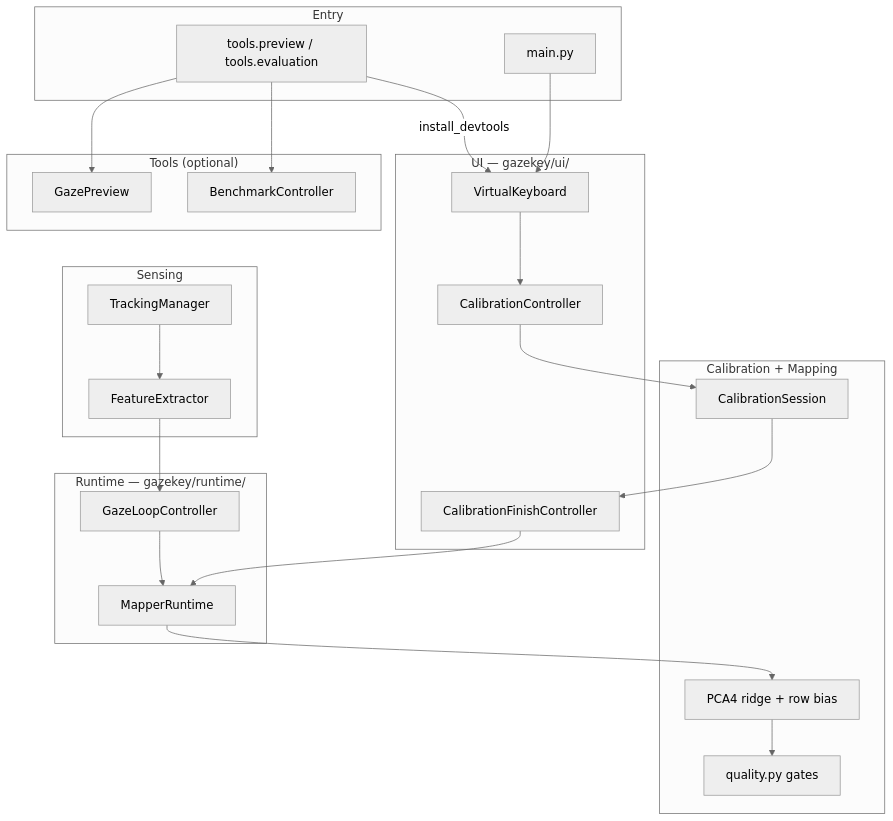
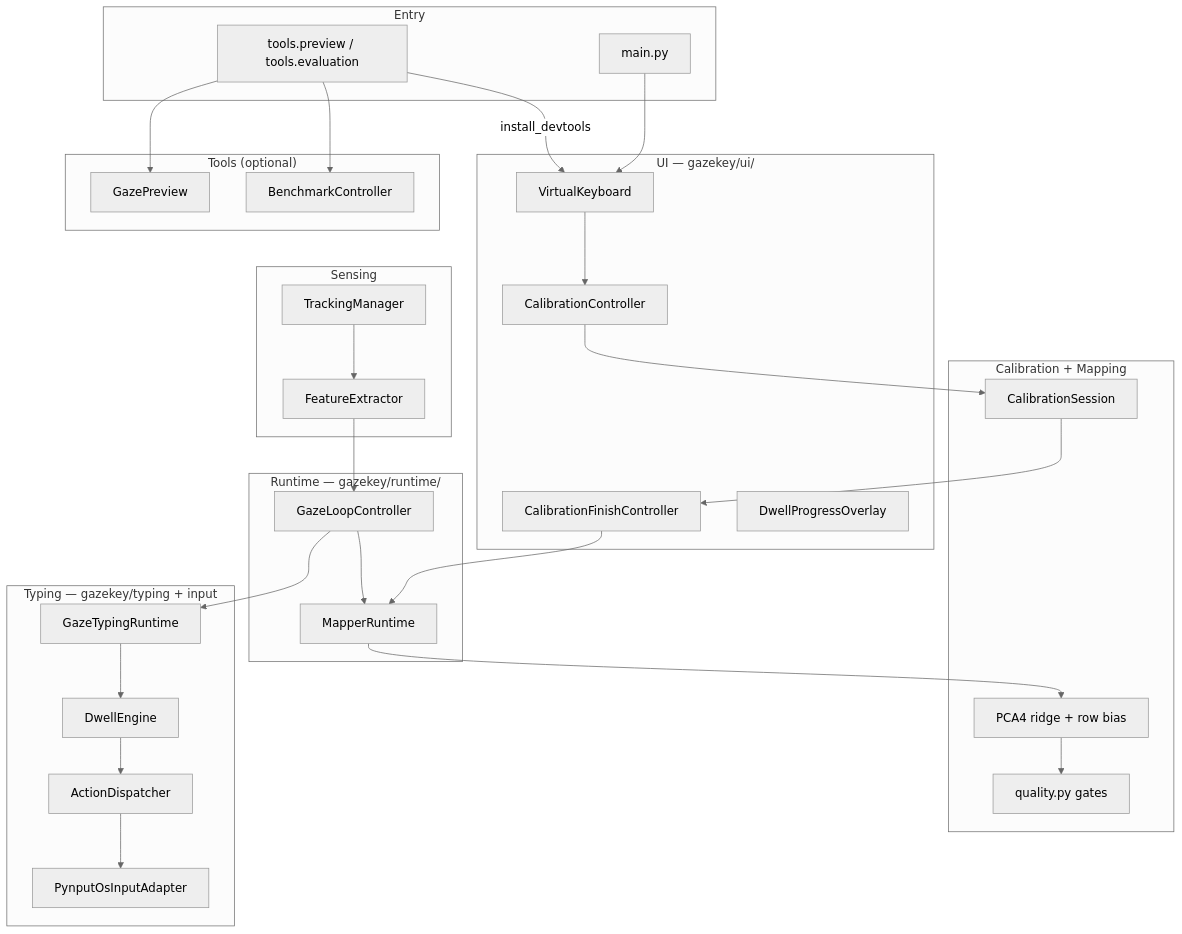
One commit to Hadar0109/GazeKey changed the diagram in docs/PROJECT_STRUCTURE.md. Above: the diagram before and after it, drawn with Mermaid (neutral theme). The commit also changed other lines of this file and 11 other files, not shown here.

````diff
--- a/docs/PROJECT_STRUCTURE.md
+++ b/docs/PROJECT_STRUCTURE.md
@@ -66,43 +68,52 @@
 ```mermaid
 flowchart TB
     subgraph ENTRY["Entry"]
         MAIN["main.py"]
         TOOLS["tools.preview / tools.evaluation"]
     end
 
     subgraph UI["UI — gazekey/ui/"]
         VK["VirtualKeyboard"]
         CC["CalibrationController"]
         CF["CalibrationFinishController"]
+        DW["DwellProgressOverlay"]
     end
 
     subgraph RUNTIME["Runtime — gazekey/runtime/"]
         GL["GazeLoopController"]
         MR["MapperRuntime"]
     end
 
     subgraph SENSE["Sensing"]
         TM["TrackingManager"]
         FE["FeatureExtractor"]
     end
 
     subgraph CAL["Calibration + Mapping"]
         CS["CalibrationSession"]
         RIDGE["PCA4 ridge + row bias"]
         Q["quality.py gates"]
     end
 
+    subgraph TYPE["Typing — gazekey/typing + input"]
+        RT["GazeTypingRuntime"]
+        DE["DwellEngine"]
+        AD["ActionDispatcher"]
+        OS["PynputOsInputAdapter"]
+    end
+
     subgraph DEV["Tools (optional)"]
         GP["GazePreview"]
         BC["BenchmarkController"]
     end
 
     MAIN --> VK
     TOOLS -->|install_devtools| VK
     VK --> CC --> CS
     CS --> CF --> MR --> RIDGE --> Q
     TM --> FE --> GL
     GL --> MR
+    GL --> RT --> DE --> AD --> OS
     TOOLS --> GP
     TOOLS --> BC
 ```
````
